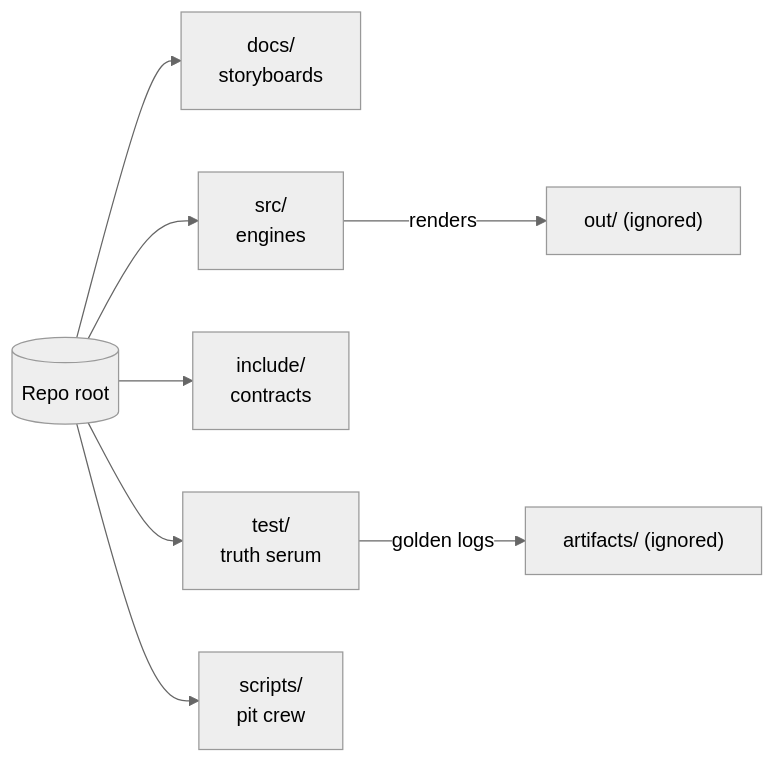
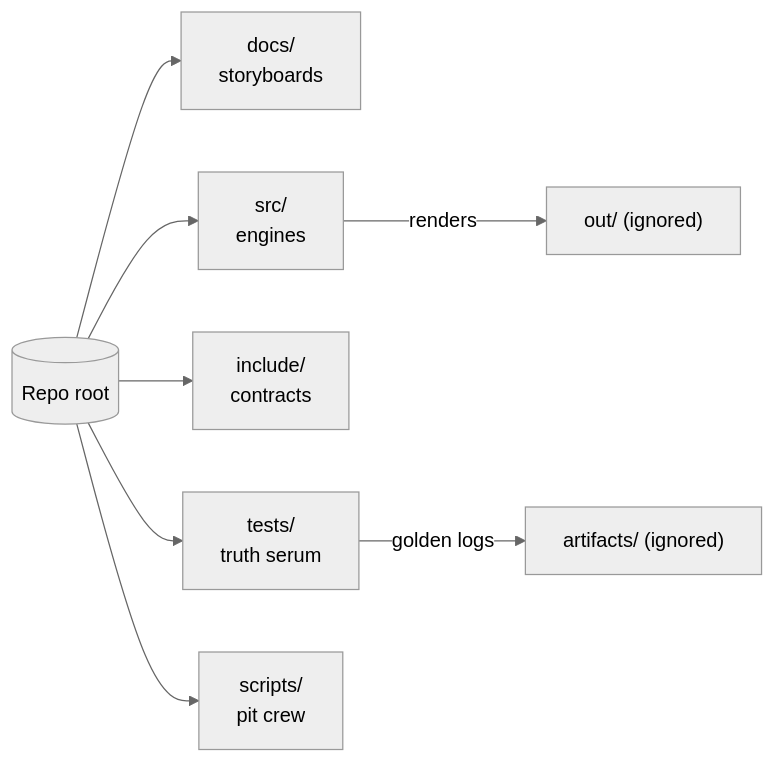
One commit to bseverns/seedBox changed the first of 3 diagrams in README.md. Above: the diagram before and after it, drawn with Mermaid (neutral theme). The commit also changed other lines of this file and 37 other files, not shown here.

````diff
--- a/README.md
+++ b/README.md
@@ -23,10 +23,10 @@
 ```mermaid
 flowchart LR
   Repo[(Repo root)] --> Docs["docs/ \n storyboards"]
   Repo --> Source["src/ \n engines"]
   Repo --> Include["include/ \n contracts"]
-  Repo --> Tests["test/ \n truth serum"]
+  Repo --> Tests["tests/ \n truth serum"]
   Repo --> Scripts["scripts/ \n pit crew"]
   Tests -->|golden logs| Artifacts["artifacts/ (ignored)"]
   Source -->|renders| Out["out/ (ignored)"]
 ```
````
